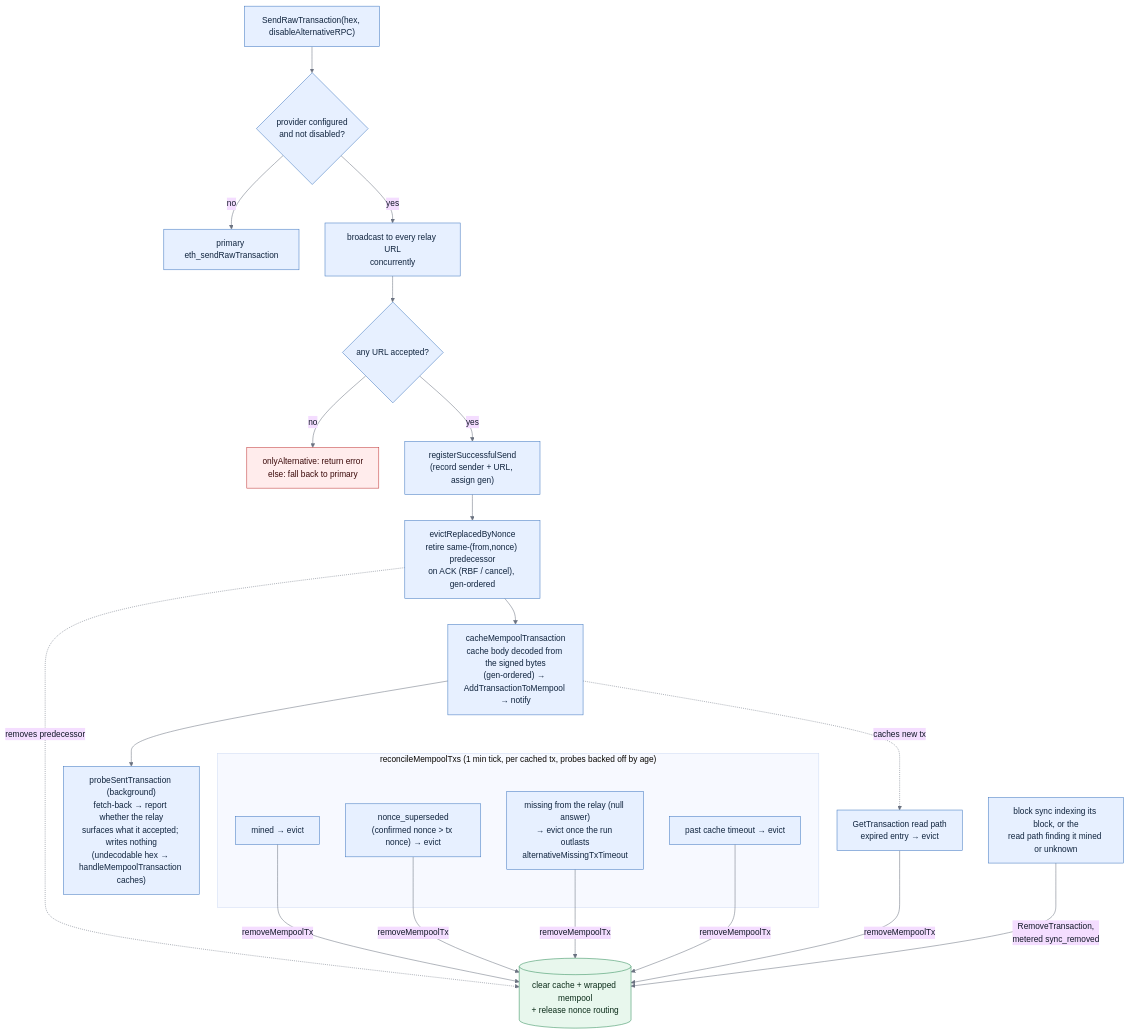
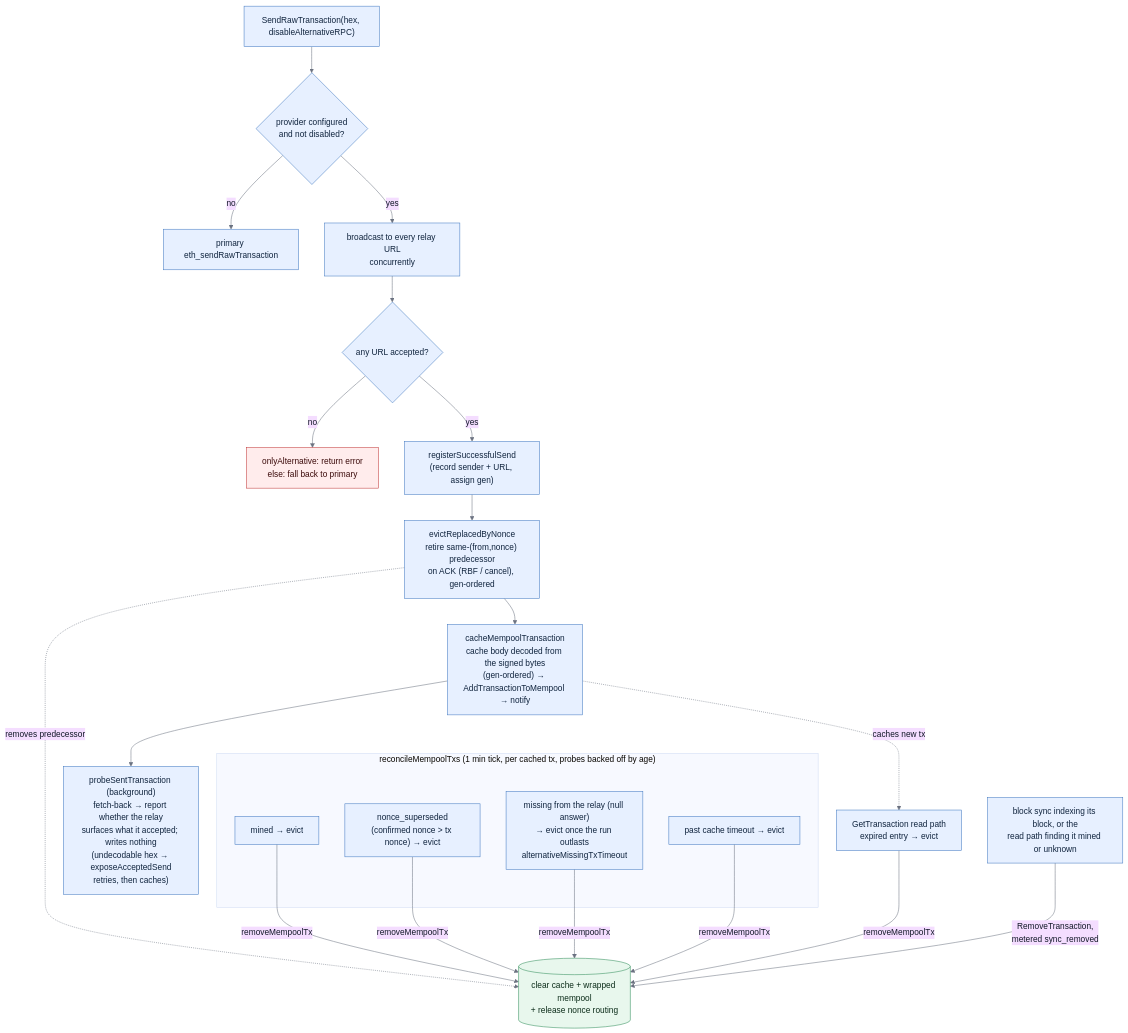
The diagram in docs/evm-send.md (trezor/blockbook), drawn with Mermaid before and after one commit. The commit also changed other lines of this file and 6 other files, not shown here.

First line of the commit message:
fix(eth): close the review gaps between the send path and the relay's contract

````diff
--- a/docs/evm-send.md
+++ b/docs/evm-send.md
@@ -19,46 +19,46 @@
 ```mermaid
 %%{init: {"theme": "base", "themeVariables": {"lineColor": "#6b7280", "primaryTextColor": "#111827"}}}%%
 flowchart TD
     send["SendRawTransaction(hex, disableAlternativeRPC)"]
     route{"provider configured<br/>and not disabled?"}
     primary["primary eth_sendRawTransaction"]
     relay["broadcast to every relay URL<br/>concurrently"]
     acc{"any URL accepted?"}
     reject["onlyAlternative: return error<br/>else: fall back to primary"]
     reg["registerSuccessfulSend<br/>(record sender + URL, assign gen)"]
     evict["evictReplacedByNonce<br/>retire same-(from,nonce) predecessor<br/>on ACK (RBF / cancel), gen-ordered"]
     cache["cacheMempoolTransaction<br/>cache body decoded from the signed bytes<br/>(gen-ordered) → AddTransactionToMempool → notify"]
-    handle["probeSentTransaction (background)<br/>fetch-back → report whether the relay<br/>surfaces what it accepted; writes nothing<br/>(undecodable hex → handleMempoolTransaction caches)"]
+    handle["probeSentTransaction (background)<br/>fetch-back → report whether the relay<br/>surfaces what it accepted; writes nothing<br/>(undecodable hex → exposeAcceptedSend<br/>retries, then caches)"]
 
     subgraph rec ["reconcileMempoolTxs (1 min tick, per cached tx, probes backed off by age)"]
         mined["mined → evict"]
         super["nonce_superseded<br/>(confirmed nonce > tx nonce) → evict"]
         miss["missing from the relay (null answer)<br/>→ evict once the run outlasts<br/>alternativeMissingTxTimeout"]
         to["past cache timeout → evict"]
     end
 
     readpath["GetTransaction read path<br/>expired entry → evict"]
     syncrm["block sync indexing its block, or the<br/>read path finding it mined or unknown"]
     remove[("clear cache + wrapped mempool<br/>+ release nonce routing")]
 
     send --> route
     route -- "no" --> primary
     route -- "yes" --> relay --> acc
     acc -- "no" --> reject
     acc -- "yes" --> reg --> evict --> cache --> handle
     evict -. removes predecessor .-> remove
     cache -. caches new tx .-> readpath
     mined -- "removeMempoolTx" --> remove
     super -- "removeMempoolTx" --> remove
     miss -- "removeMempoolTx" --> remove
     to -- "removeMempoolTx" --> remove
     readpath -- "removeMempoolTx" --> remove
     syncrm -- "RemoveTransaction,<br/>metered sync_removed" --> remove
 
     classDef normal fill:#e7f0ff,stroke:#4078c0,color:#10243e;
     classDef store fill:#e8f7ed,stroke:#2e8b57,color:#0b2c19;
     classDef error fill:#ffecec,stroke:#c03535,color:#3b0a0a;
     class send,route,relay,acc,reg,evict,cache,handle,mined,super,miss,to,readpath,syncrm,primary normal;
     class remove store;
     class reject error;
 ```
````
